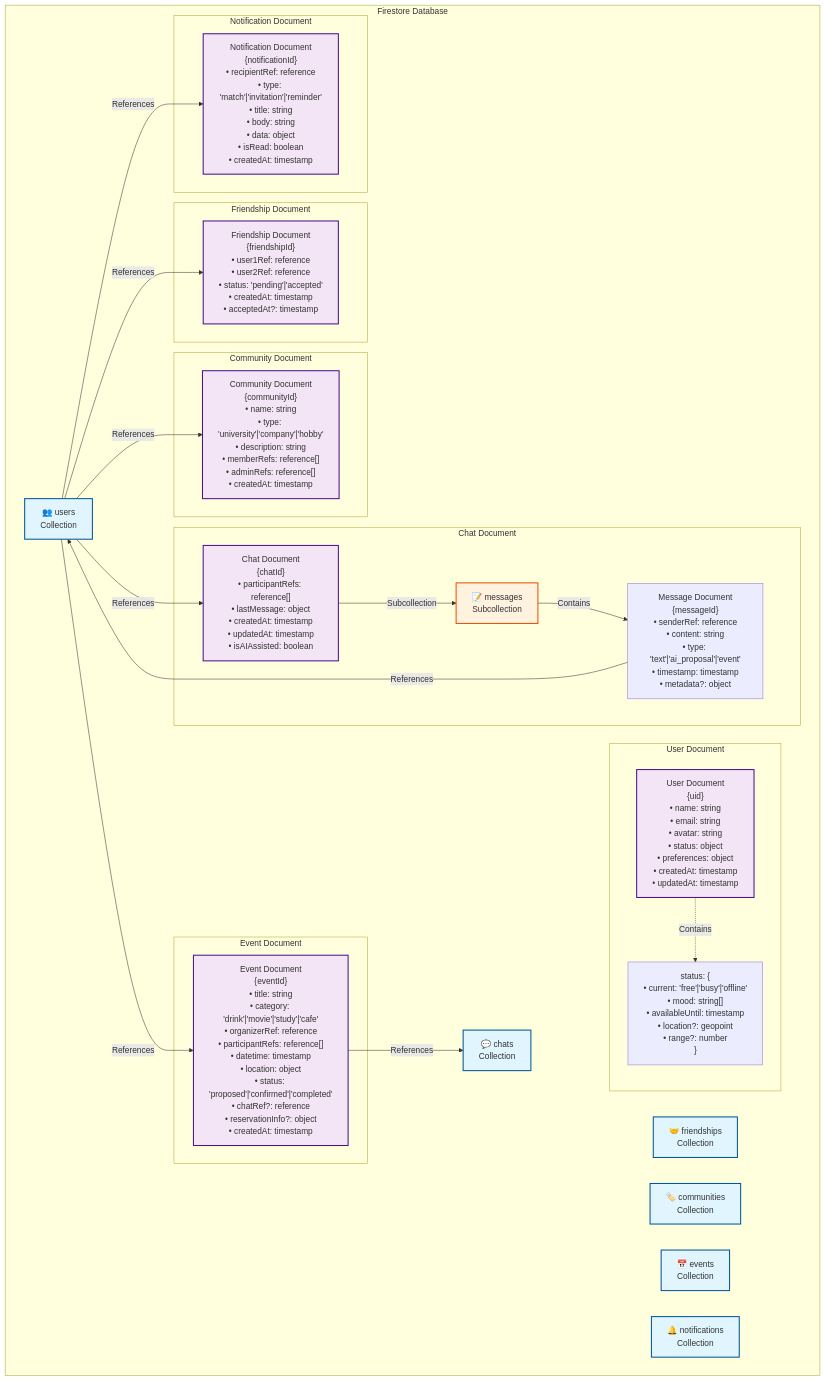
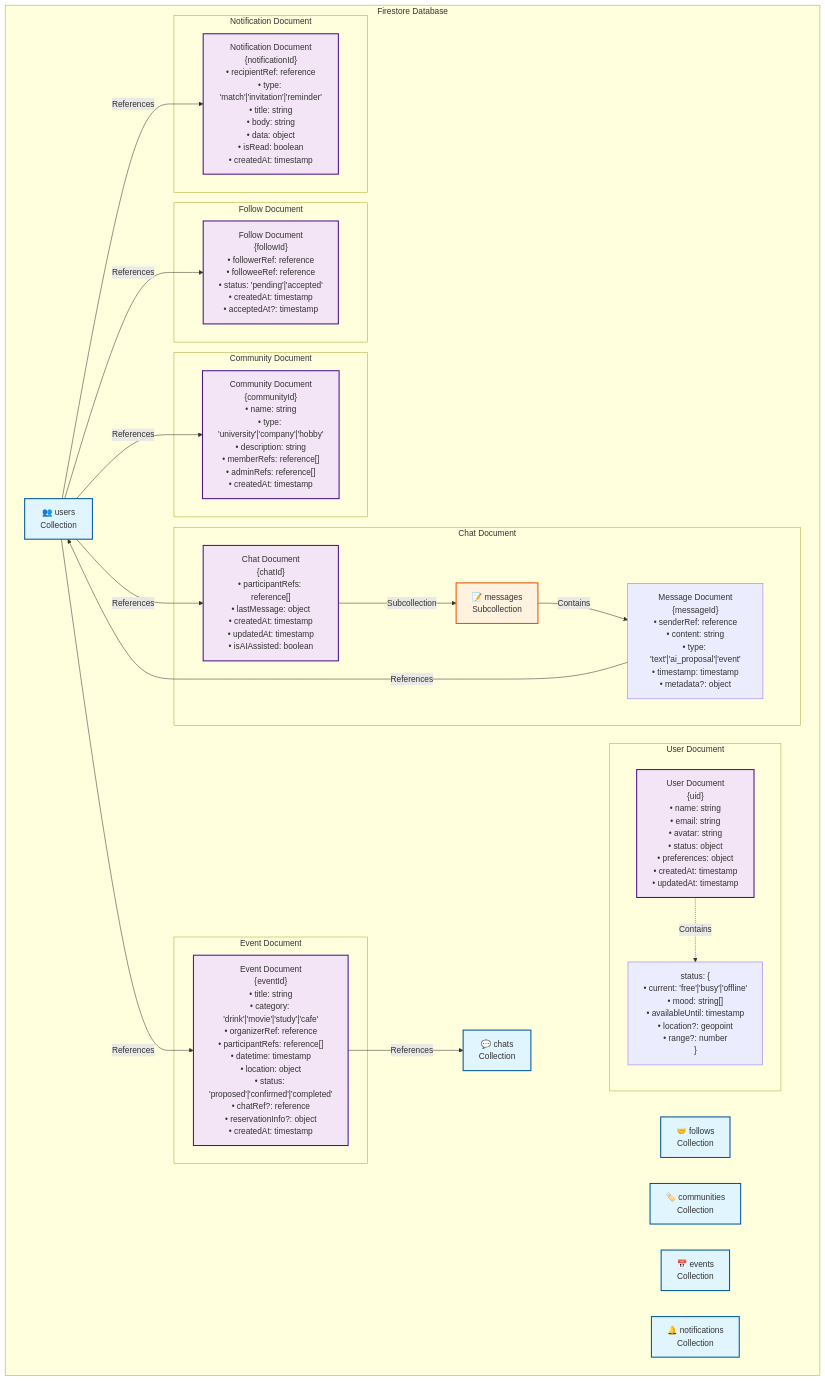
One commit to motsuo373/collect-friends-app changed the diagram in knowledge-data/features.md. Above: the diagram before and after it, drawn with Mermaid. The commit also changed other lines of this file, not shown here.

````diff
--- a/knowledge-data/features.md
+++ b/knowledge-data/features.md
@@ -217,62 +223,62 @@
 ```mermaid
 graph TB
     subgraph "Firestore Database"
         Users["👥 users<br/>Collection"]
-        Friendships["🤝 friendships<br/>Collection"]
+        Follows["🤝 follows<br/>Collection"]
         Communities["🏷️ communities<br/>Collection"]
         Chats["💬 chats<br/>Collection"]
         Events["📅 events<br/>Collection"]
         Notifications["🔔 notifications<br/>Collection"]
         
         subgraph "User Document"
             UserDoc["User Document<br/>{uid}<br/>• name: string<br/>• email: string<br/>• avatar: string<br/>• status: object<br/>• preferences: object<br/>• createdAt: timestamp<br/>• updatedAt: timestamp"]
             UserStatus["status: {<br/>• current: 'free'|'busy'|'offline'<br/>• mood: string[]<br/>• availableUntil: timestamp<br/>• location?: geopoint<br/>• range?: number<br/>}"]
         end
         
-        subgraph "Friendship Document"
-            FriendDoc["Friendship Document<br/>{friendshipId}<br/>• user1Ref: reference<br/>• user2Ref: reference<br/>• status: 'pending'|'accepted'<br/>• createdAt: timestamp<br/>• acceptedAt?: timestamp"]
+        subgraph "Follow Document"
+            FollowDoc["Follow Document<br/>{followId}<br/>• followerRef: reference<br/>• followeeRef: reference<br/>• status: 'pending'|'accepted'<br/>• createdAt: timestamp<br/>• acceptedAt?: timestamp"]
         end
         
         subgraph "Community Document"
             CommunityDoc["Community Document<br/>{communityId}<br/>• name: string<br/>• type: 'university'|'company'|'hobby'<br/>• description: string<br/>• memberRefs: reference[]<br/>• adminRefs: reference[]<br/>• createdAt: timestamp"]
         end
         
         subgraph "Chat Document"
             ChatDoc["Chat Document<br/>{chatId}<br/>• participantRefs: reference[]<br/>• lastMessage: object<br/>• createdAt: timestamp<br/>• updatedAt: timestamp<br/>• isAIAssisted: boolean"]
             Messages["📝 messages<br/>Subcollection"]
             MessageDoc["Message Document<br/>{messageId}<br/>• senderRef: reference<br/>• content: string<br/>• type: 'text'|'ai_proposal'|'event'<br/>• timestamp: timestamp<br/>• metadata?: object"]
         end
         
         subgraph "Event Document"
             EventDoc["Event Document<br/>{eventId}<br/>• title: string<br/>• category: 'drink'|'movie'|'study'|'cafe'<br/>• organizerRef: reference<br/>• participantRefs: reference[]<br/>• datetime: timestamp<br/>• location: object<br/>• status: 'proposed'|'confirmed'|'completed'<br/>• chatRef?: reference<br/>• reservationInfo?: object<br/>• createdAt: timestamp"]
         end
         
         subgraph "Notification Document"
             NotificationDoc["Notification Document<br/>{notificationId}<br/>• recipientRef: reference<br/>• type: 'match'|'invitation'|'reminder'<br/>• title: string<br/>• body: string<br/>• data: object<br/>• isRead: boolean<br/>• createdAt: timestamp"]
         end
     end
     
     %% Relationships
-    Users -->|"References"| FriendDoc
+    Users -->|"References"| FollowDoc
     Users -->|"References"| CommunityDoc
     Users -->|"References"| ChatDoc
     Users -->|"References"| EventDoc
     Users -->|"References"| NotificationDoc
     
     ChatDoc -->|"Subcollection"| Messages
     Messages -->|"Contains"| MessageDoc
     MessageDoc -->|"References"| Users
     
     EventDoc -->|"References"| Chats
     
     UserDoc -.->|"Contains"| UserStatus
     
     %% Styling
     classDef collection fill:#e1f5fe,stroke:#01579b,stroke-width:2px
     classDef document fill:#f3e5f5,stroke:#4a148c,stroke-width:2px
     classDef subcollection fill:#fff3e0,stroke:#e65100,stroke-width:2px
     
-    class Users,Friendships,Communities,Chats,Events,Notifications collection
-    class UserDoc,FriendDoc,CommunityDoc,ChatDoc,EventDoc,NotificationDoc document
+    class Users,Follows,Communities,Chats,Events,Notifications collection
+    class UserDoc,FollowDoc,CommunityDoc,ChatDoc,EventDoc,NotificationDoc document
     class Messages subcollection
 ```
````
